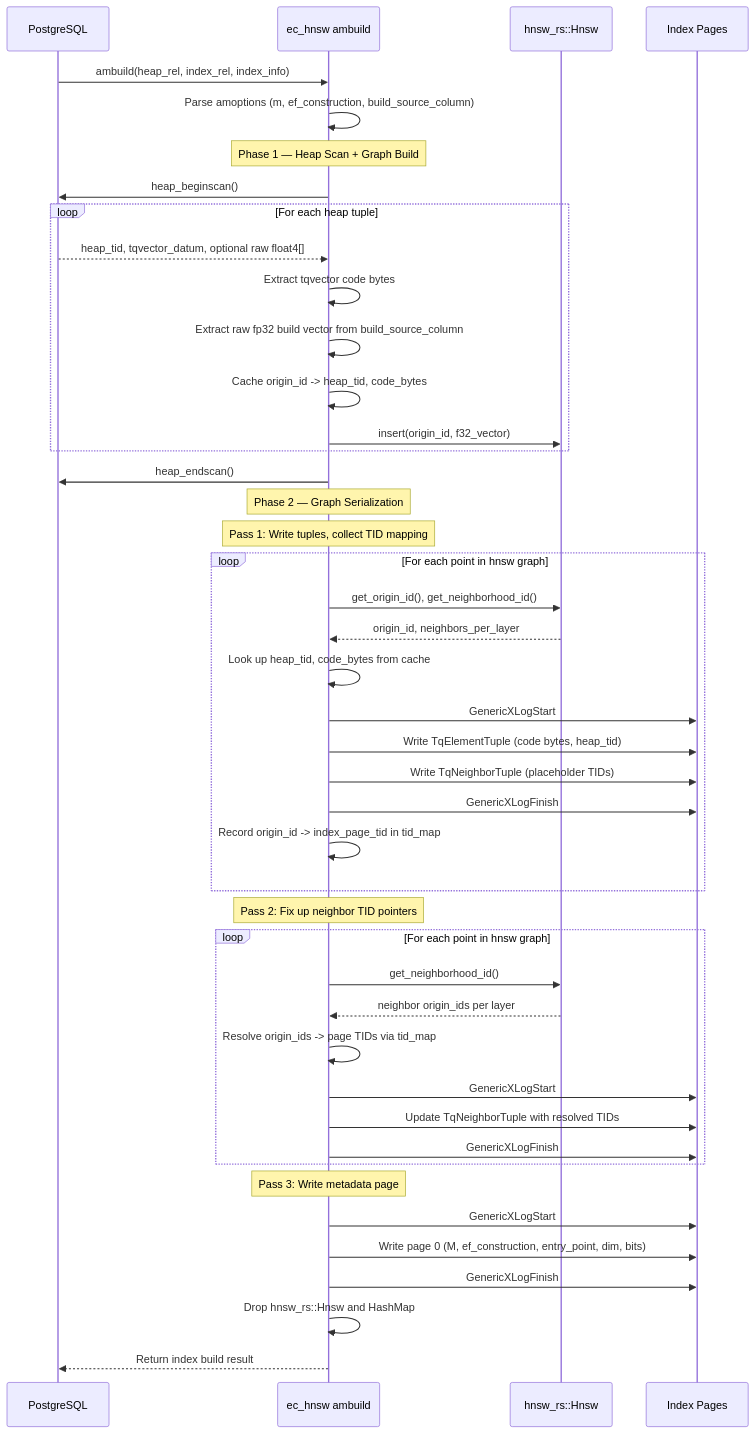
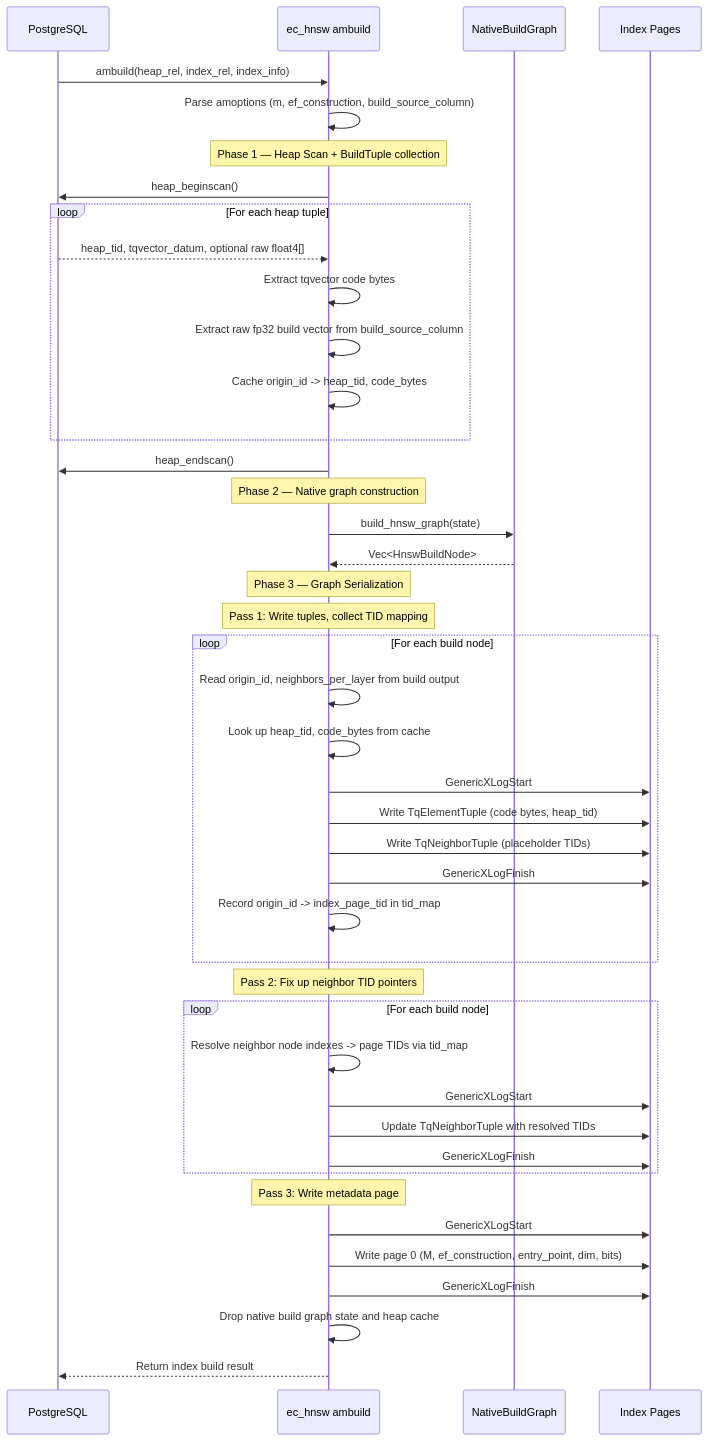
Before and after one commit to agent-ix/ecaz: the diagram in spec/functional/FR-008-hnsw-build.md, drawn with Mermaid. The commit also changed other lines of this file and 7 other files, not shown here.

Commit message:
Align live docs with native HNSW build path

````diff
--- a/spec/functional/FR-008-hnsw-build.md
+++ b/spec/functional/FR-008-hnsw-build.md
@@ -44,56 +45,56 @@
 ```mermaid
 sequenceDiagram
     participant PG as PostgreSQL
     participant AM as ec_hnsw ambuild
-    participant HNSW as hnsw_rs::Hnsw
+    participant Graph as NativeBuildGraph
     participant Pages as Index Pages
 
     PG->>AM: ambuild(heap_rel, index_rel, index_info)
     AM->>AM: Parse amoptions (m, ef_construction, build_source_column)
 
-    Note over AM: Phase 1 — Heap Scan + Graph Build
+    Note over AM: Phase 1 — Heap Scan + BuildTuple collection
 
     AM->>PG: heap_beginscan()
     loop For each heap tuple
         PG-->>AM: heap_tid, tqvector_datum, optional raw float4[]
         AM->>AM: Extract tqvector code bytes
         AM->>AM: Extract raw fp32 build vector from build_source_column
         AM->>AM: Cache origin_id -> heap_tid, code_bytes
-        AM->>HNSW: insert(origin_id, f32_vector)
     end
     AM->>PG: heap_endscan()
 
-    Note over AM: Phase 2 — Graph Serialization
+    Note over AM: Phase 2 — Native graph construction
+    AM->>Graph: build_hnsw_graph(state)
+    Graph-->>AM: Vec<HnswBuildNode>
+
+    Note over AM: Phase 3 — Graph Serialization
     Note over AM: Pass 1: Write tuples, collect TID mapping
 
-    loop For each point in hnsw graph
-        AM->>HNSW: get_origin_id(), get_neighborhood_id()
-        HNSW-->>AM: origin_id, neighbors_per_layer
+    loop For each build node
+        AM->>AM: Read origin_id, neighbors_per_layer from build output
         AM->>AM: Look up heap_tid, code_bytes from cache
         AM->>Pages: GenericXLogStart
         AM->>Pages: Write TqElementTuple (code bytes, heap_tid)
         AM->>Pages: Write TqNeighborTuple (placeholder TIDs)
         AM->>Pages: GenericXLogFinish
         AM->>AM: Record origin_id -> index_page_tid in tid_map
     end
 
     Note over AM: Pass 2: Fix up neighbor TID pointers
 
-    loop For each point in hnsw graph
-        AM->>HNSW: get_neighborhood_id()
-        HNSW-->>AM: neighbor origin_ids per layer
-        AM->>AM: Resolve origin_ids -> page TIDs via tid_map
+    loop For each build node
+        AM->>AM: Resolve neighbor node indexes -> page TIDs via tid_map
         AM->>Pages: GenericXLogStart
         AM->>Pages: Update TqNeighborTuple with resolved TIDs
         AM->>Pages: GenericXLogFinish
     end
 
     Note over AM: Pass 3: Write metadata page
 
     AM->>Pages: GenericXLogStart
     AM->>Pages: Write page 0 (M, ef_construction, entry_point, dim, bits)
     AM->>Pages: GenericXLogFinish
 
-    AM->>AM: Drop hnsw_rs::Hnsw and HashMap
+    AM->>AM: Drop native build graph state and heap cache
     AM-->>PG: Return index build result
 ```
````
